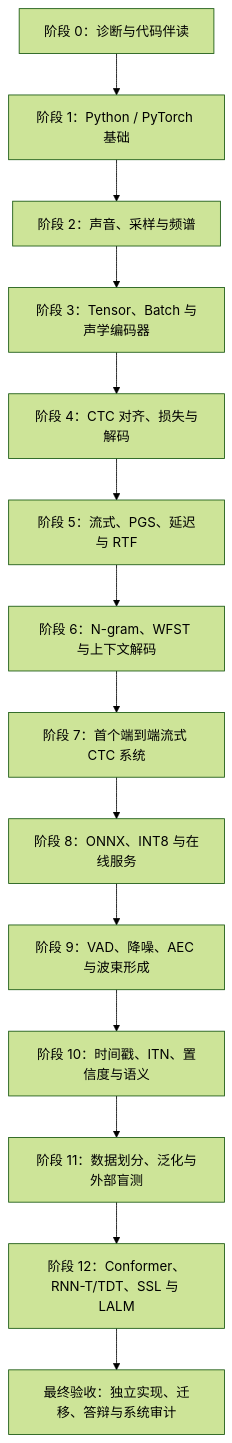
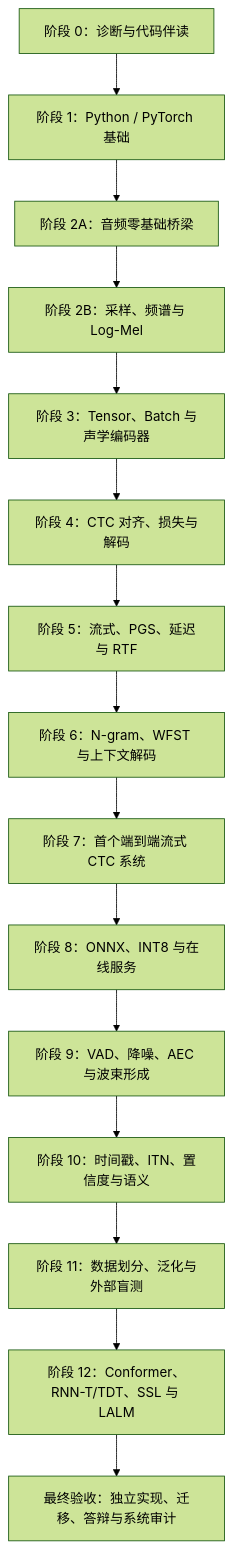
The diagram in LEARNING_PATH.md (chaychuakip-a11y/learn-asr), drawn with Mermaid (forest theme) before and after one commit. The commit also changed other lines of this file and 162 other files, not shown here.

````diff
--- a/LEARNING_PATH.md
+++ b/LEARNING_PATH.md
@@ -17,16 +17,17 @@
 ```mermaid
 flowchart TD
     A["阶段 0：诊断与代码伴读"] --> B["阶段 1：Python / PyTorch 基础"]
-    B --> C["阶段 2：声音、采样与频谱"]
-    C --> D["阶段 3：Tensor、Batch 与声学编码器"]
+    B --> C["阶段 2A：音频零基础桥梁"]
+    C --> C2["阶段 2B：采样、频谱与 Log-Mel"]
+    C2 --> D["阶段 3：Tensor、Batch 与声学编码器"]
     D --> E["阶段 4：CTC 对齐、损失与解码"]
     E --> F["阶段 5：流式、PGS、延迟与 RTF"]
     F --> G["阶段 6：N-gram、WFST 与上下文解码"]
     G --> H["阶段 7：首个端到端流式 CTC 系统"]
     H --> I["阶段 8：ONNX、INT8 与在线服务"]
     I --> J["阶段 9：VAD、降噪、AEC 与波束形成"]
     J --> K["阶段 10：时间戳、ITN、置信度与语义"]
     K --> L["阶段 11：数据划分、泛化与外部盲测"]
     L --> M["阶段 12：Conformer、RNN-T/TDT、SSL 与 LALM"]
     M --> N["最终验收：独立实现、迁移、答辩与系统审计"]
 ```
````
